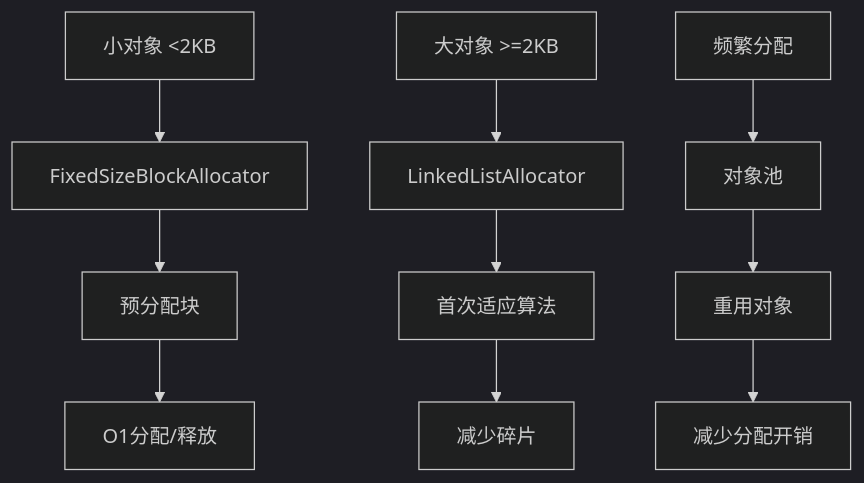
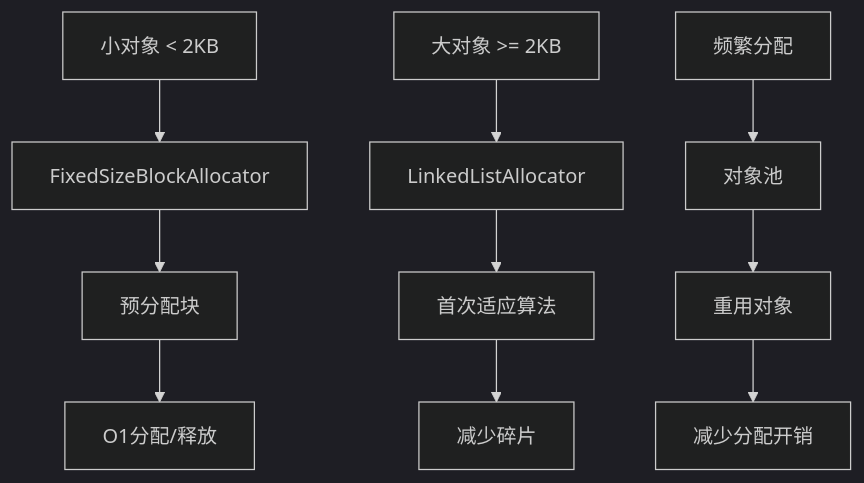
Before and after one commit to QMEOWQ/qmeowq.github.io: the seventh of 8 diagrams in _posts/2025-07-14-os-kernel-PROJECT-ARCHITECTURE.md, drawn with Mermaid (dark theme). The commit also changed other lines of this file and 3 other files, not shown here.

Commit message:
fix mermaid syntax error

````diff
--- a/_posts/2025-07-14-os-kernel-PROJECT-ARCHITECTURE.md
+++ b/_posts/2025-07-14-os-kernel-PROJECT-ARCHITECTURE.md
@@ -312,14 +314,14 @@
 ```mermaid
 graph TD
-    A[小对象 <2KB] --> B[FixedSizeBlockAllocator]
+    A["小对象 < 2KB"] --> B[FixedSizeBlockAllocator]
     B --> C[预分配块]
     C --> D[O1分配/释放]
 
-    E[大对象 >=2KB] --> F[LinkedListAllocator]
+    E["大对象 >= 2KB"] --> F[LinkedListAllocator]
     F --> G[首次适应算法]
     G --> H[减少碎片]
 
     I[频繁分配] --> J[对象池]
     J --> K[重用对象]
     K --> L[减少分配开销]
 ```
````
